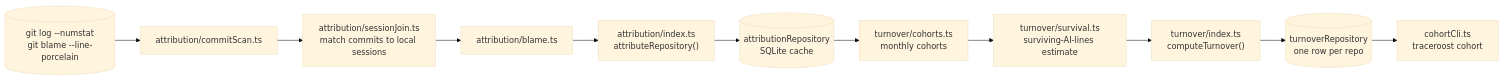
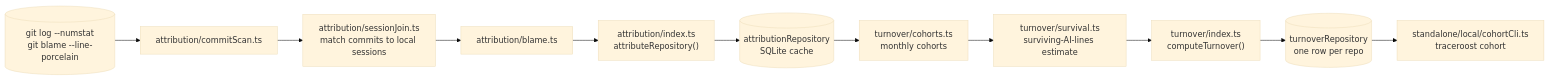
One commit to traceroost/core changed the second of 2 diagrams in CLOUD_ARCHITECTURE.md. Above: the diagram before and after it, drawn with Mermaid (base theme). The commit also changed other lines of this file and 39 other files, not shown here.

````diff
--- a/CLOUD_ARCHITECTURE.md
+++ b/CLOUD_ARCHITECTURE.md
@@ -82,13 +84,13 @@
 ```mermaid
 graph LR
     GIT[("git log --numstat<br/>git blame --line-porcelain")] --> SCAN["attribution/commitScan.ts"]
     SCAN --> JOIN["attribution/sessionJoin.ts<br/>match commits to local sessions"]
     JOIN --> BLAME["attribution/blame.ts"]
     BLAME --> ATTR["attribution/index.ts<br/>attributeRepository()"]
     ATTR --> ADB[("attributionRepository<br/>SQLite cache")]
     ADB --> COH["turnover/cohorts.ts<br/>monthly cohorts"]
     COH --> SURV["turnover/survival.ts<br/>surviving-AI-lines estimate"]
     SURV --> COMP["turnover/index.ts<br/>computeTurnover()"]
     COMP --> TDB[("turnoverRepository<br/>one row per repo")]
-    TDB --> CLI["cohortCli.ts<br/>traceroost cohort"]
+    TDB --> CLI["standalone/local/cohortCli.ts<br/>traceroost cohort"]
 ```
````
